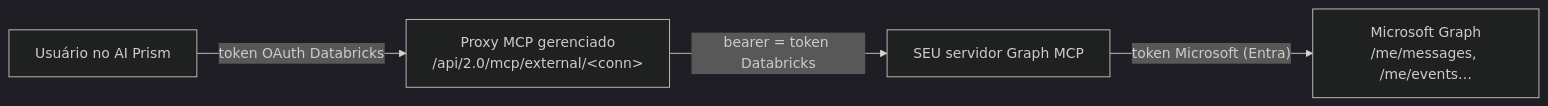
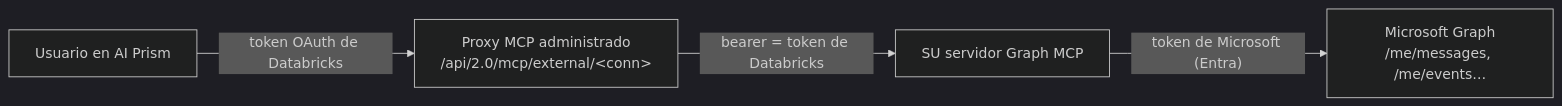
One commit to pedrotramos/ai-prism changed the diagram in docs/es/mcp-microsoft-graph.md. Above: the diagram before and after it, drawn with Mermaid (dark theme). The commit also changed other lines of this file and 6 other files, not shown here.

Commit message:
fix(docs): require the code-translated marker on every language copy; check relative server paths; translate Graph diagram labels (W3-10 QA r1)

````diff
--- a/docs/es/mcp-microsoft-graph.md
+++ b/docs/es/mcp-microsoft-graph.md
@@ -31,6 +32,6 @@
 ```mermaid
 flowchart LR
-    U["Usuário no AI Prism"] -->|token OAuth Databricks| P["Proxy MCP gerenciado<br/>/api/2.0/mcp/external/&lt;conn&gt;"]
-    P -->|bearer = token Databricks| G["SEU servidor Graph MCP"]
-    G -->|"token Microsoft (Entra)"| M["Microsoft Graph<br/>/me/messages, /me/events…"]
+    U["Usuario en AI Prism"] -->|token OAuth de Databricks| P["Proxy MCP administrado<br/>/api/2.0/mcp/external/&lt;conn&gt;"]
+    P -->|bearer = token de Databricks| G["SU servidor Graph MCP"]
+    G -->|"token de Microsoft (Entra)"| M["Microsoft Graph<br/>/me/messages, /me/events…"]
 ```
````
